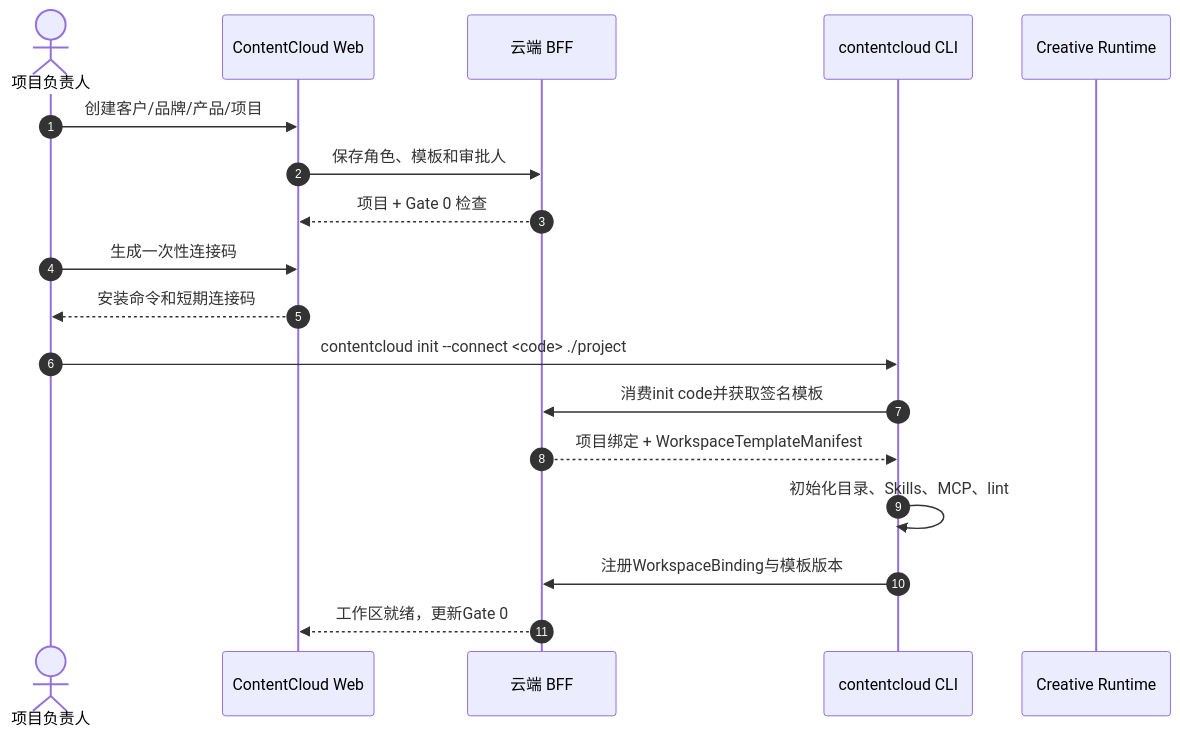
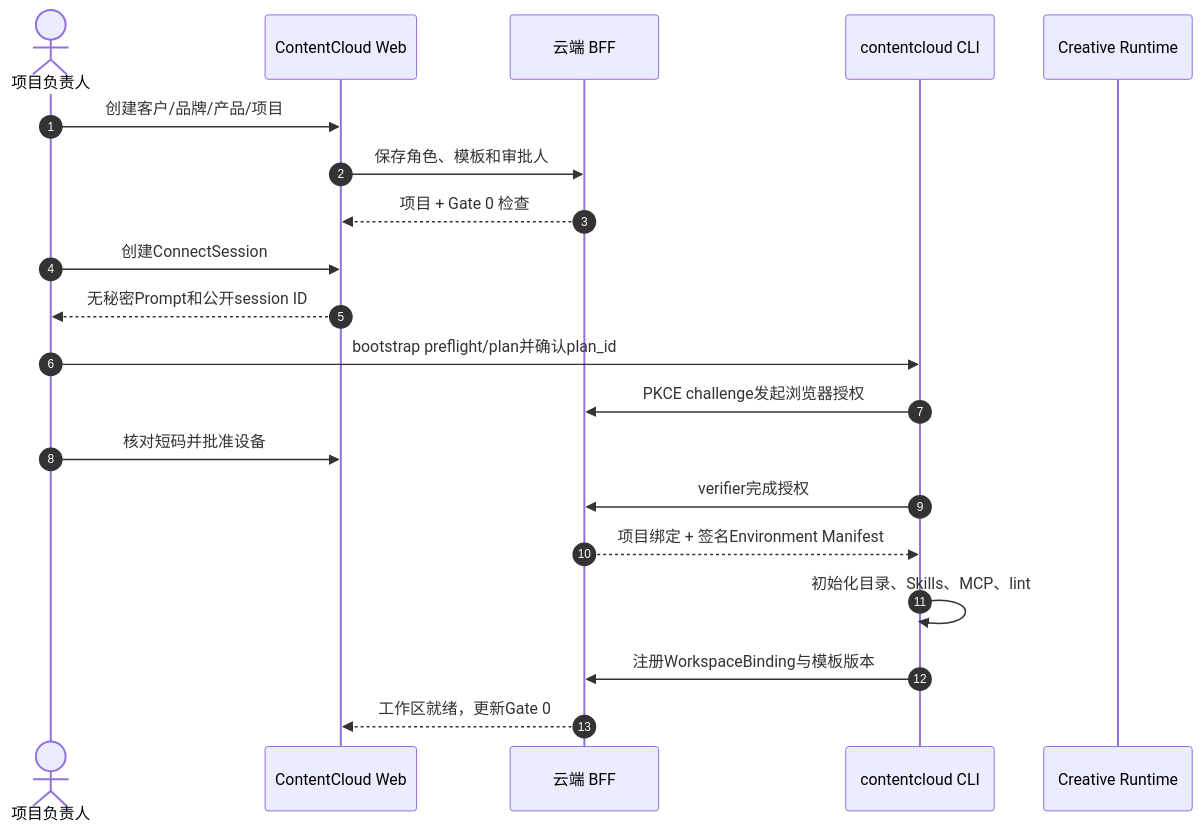
The second of 13 diagrams in docs/roadmap/v2/04-business-workflows.md (limecloud/contentcloud), drawn with Mermaid before and after one commit. The commit also changed 81 other files, not shown here.

````diff
--- a/docs/roadmap/v2/04-business-workflows.md
+++ b/docs/roadmap/v2/04-business-workflows.md
@@ -33,21 +33,23 @@
 ```mermaid
 sequenceDiagram
     autonumber
     actor PM as 项目负责人
     participant Web as ContentCloud Web
     participant BFF as 云端 BFF
     participant CLI as contentcloud CLI
     participant D as Creative Runtime
 
     PM->>Web: 创建客户/品牌/产品/项目
     Web->>BFF: 保存角色、模板和审批人
     BFF-->>Web: 项目 + Gate 0 检查
-    PM->>Web: 生成一次性连接码
-    Web-->>PM: 安装命令和短期连接码
-    PM->>CLI: contentcloud init --connect <code> ./project
-    CLI->>BFF: 消费init code并获取签名模板
-    BFF-->>CLI: 项目绑定 + WorkspaceTemplateManifest
+    PM->>Web: 创建ConnectSession
+    Web-->>PM: 无秘密Prompt和公开session ID
+    PM->>CLI: bootstrap preflight/plan并确认plan_id
+    CLI->>BFF: PKCE challenge发起浏览器授权
+    PM->>Web: 核对短码并批准设备
+    CLI->>BFF: verifier完成授权
+    BFF-->>CLI: 项目绑定 + 签名Environment Manifest
     CLI->>CLI: 初始化目录、Skills、MCP、lint
     CLI->>BFF: 注册WorkspaceBinding与模板版本
     BFF-->>Web: 工作区就绪，更新Gate 0
 ```
````
